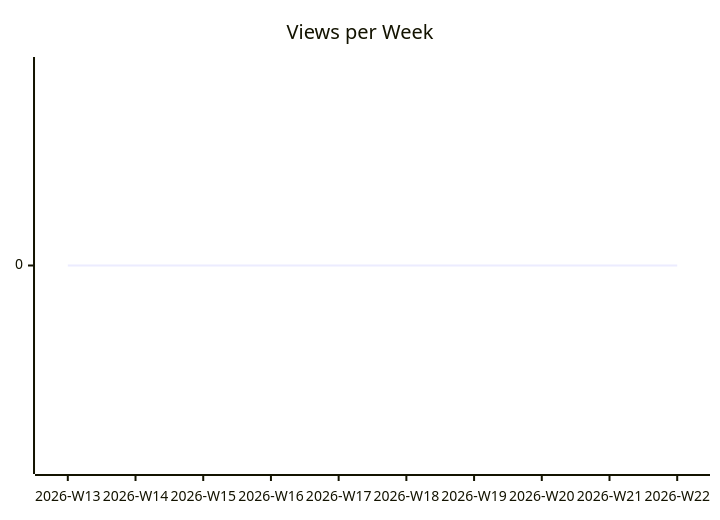
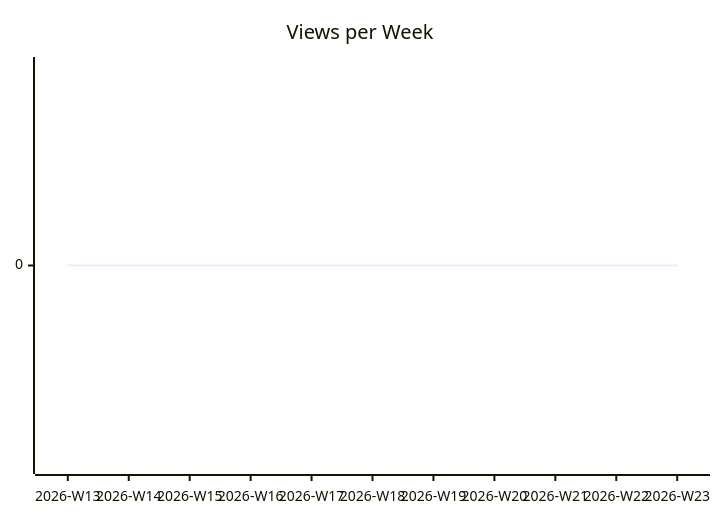
The second of 3 diagrams in karlmdavis/ldap-plugin/README.md (justdavis-family/github-analytics-data), drawn with Mermaid before and after one commit. The commit also changed other lines of this file and 186 other files, not shown here.

````diff
--- a/karlmdavis/ldap-plugin/README.md
+++ b/karlmdavis/ldap-plugin/README.md
@@ -12,6 +12,6 @@
 ```mermaid
 xychart-beta
   title "Views per Week"
-  x-axis ["2026-W13", "2026-W14", "2026-W15", "2026-W16", "2026-W17", "2026-W18", "2026-W19", "2026-W20", "2026-W21", "2026-W22"]
-  line [0, 0, 0, 0, 0, 0, 0, 0, 0, 0]
+  x-axis ["2026-W13", "2026-W14", "2026-W15", "2026-W16", "2026-W17", "2026-W18", "2026-W19", "2026-W20", "2026-W21", "2026-W22", "2026-W23"]
+  line [0, 0, 0, 0, 0, 0, 0, 0, 0, 0, 0]
 ```
````
